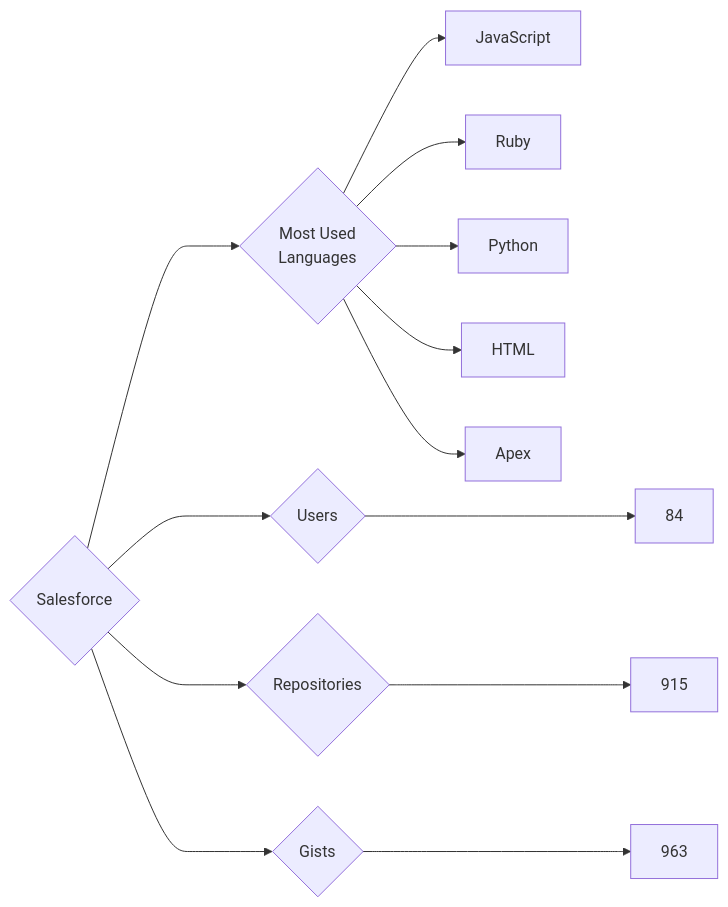
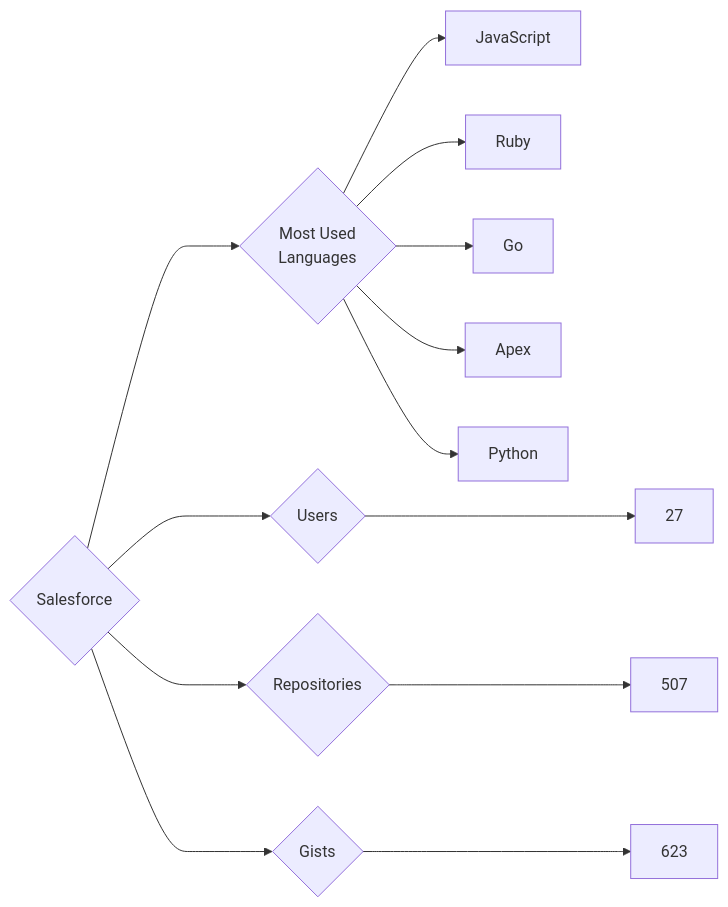
One commit to trickest/insiders changed the diagram in targets/Salesforce/README.md. Above: the diagram before and after it, drawn with Mermaid. The commit also changed 814 other files, not shown here.

````diff
--- a/targets/Salesforce/README.md
+++ b/targets/Salesforce/README.md
@@ -3,13 +3,13 @@
 ```mermaid
 graph LR
 COMPANY_NAME{Salesforce}
-COMPANY_NAME ---> U{Users} ---> UN[84]
-COMPANY_NAME ---> R{Repositories} ---> RN[915]
-COMPANY_NAME ---> G{Gists} ---> GN[963]
+COMPANY_NAME ---> U{Users} ---> UN[27]
+COMPANY_NAME ---> R{Repositories} ---> RN[507]
+COMPANY_NAME ---> G{Gists} ---> GN[623]
 COMPANY_NAME ---> ML{Most Used<br>Languages}
 ML --> JavaScript[JavaScript]
 ML --> Ruby[Ruby]
+ML --> Go[Go]
+ML --> Apex[Apex]
 ML --> Python[Python]
-ML --> HTML[HTML]
-ML --> Apex[Apex]
 ```
````
